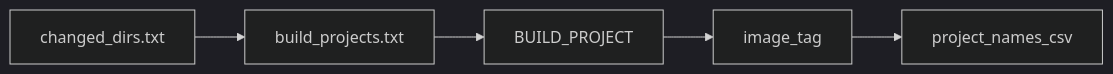
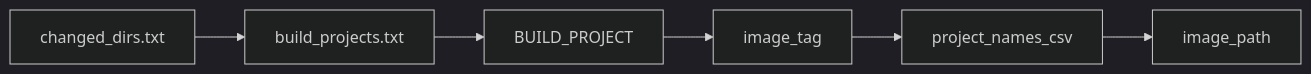
The fifth of 5 diagrams in docs/about-cicd.md (u7chan/monorepo), drawn with Mermaid (dark theme) before and after one commit. The commit also changed other lines of this file and 20 other files, not shown here.

````diff
--- a/docs/about-cicd.md
+++ b/docs/about-cicd.md
@@ -280,7 +253,8 @@
 ```mermaid
 flowchart LR
   A["changed_dirs.txt"] --> B["build_projects.txt"]
   B --> C["BUILD_PROJECT"]
   C --> D["image_tag"]
   D --> E["project_names_csv"]
+  E --> F["image_path"]
 ```
````
